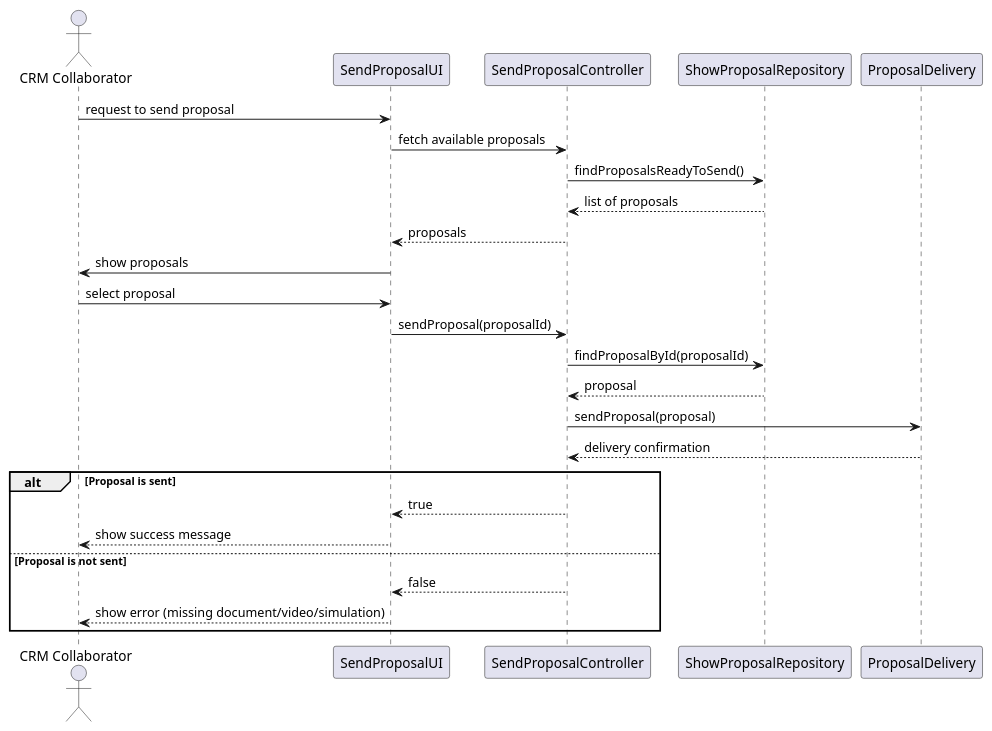
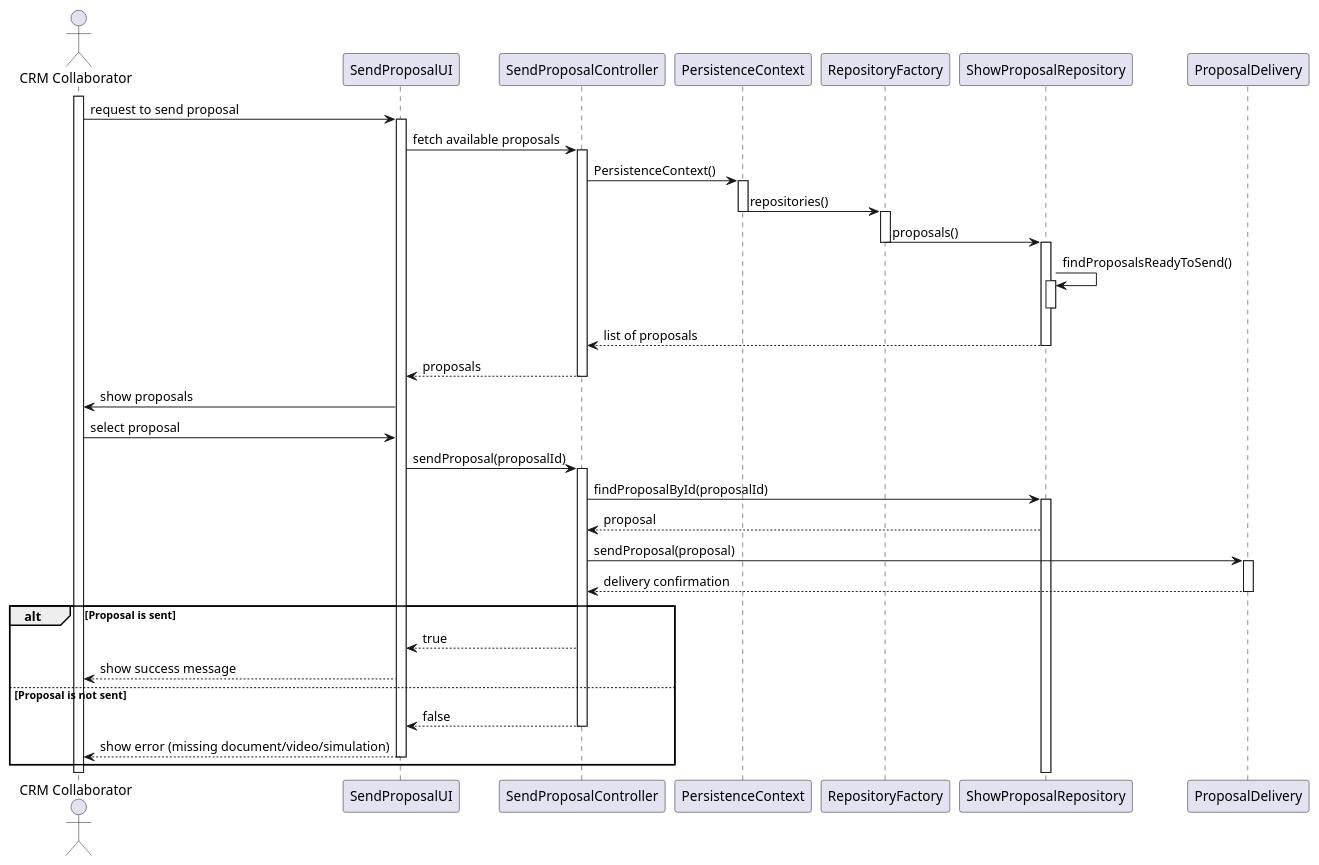
Before and after one commit to diogoveirospro/sem4pi-2024-2025-sem4pi_2024_2025_g44: the diagram in docs/SPRINT_3/US316/puml/sequence_diagram_us316.puml, drawn with PlantUML. The commit also changed 75 other files, not shown here.

Commit message:
#40 #42 #44 Refactor sequence diagrams for US316, US318 and US241 (I ran the PlantUML diagram script)

```diff
--- a/docs/SPRINT_3/US316/puml/sequence_diagram_us316.puml
+++ b/docs/SPRINT_3/US316/puml/sequence_diagram_us316.puml
@@ -1,31 +1,66 @@
 @startuml
 actor "CRM Collaborator" as User
 participant "SendProposalUI" as UI
 participant "SendProposalController" as Controller
+participant "PersistenceContext" as Persistence
+participant "RepositoryFactory" as Factory
 participant "ShowProposalRepository" as Repo
 participant "ProposalDelivery" as Delivery
 
+activate User
+
 User -> UI : request to send proposal
+activate UI
+
 UI -> Controller : fetch available proposals
-Controller -> Repo : findProposalsReadyToSend()
+activate Controller
+
+Controller -> Persistence : PersistenceContext()
+activate Persistence
+
+Persistence -> Factory : repositories()
+deactivate Persistence
+
+activate Factory
+Factory -> Repo : proposals()
+deactivate Factory
+
+activate Repo
+Repo -> Repo : findProposalsReadyToSend()
+activate Repo
+deactivate Repo
+
 Repo --> Controller : list of proposals
+deactivate Repo
+
 Controller --> UI : proposals
+deactivate Controller
 
 UI -> User : show proposals
 User -> UI : select proposal
 
 UI -> Controller : sendProposal(proposalId)
+activate Controller
+
 Controller -> Repo : findProposalById(proposalId)
+activate Repo
+
 Repo --> Controller : proposal
 
+Controller -> Delivery : sendProposal(proposal)
+activate Delivery
 
-Controller -> Delivery : sendProposal(proposal)
 Delivery --> Controller : delivery confirmation
+deactivate Delivery
+
 alt Proposal is sent
     Controller --> UI : true
     UI --> User : show success message
 else Proposal is not sent
     Controller --> UI : false
+    deactivate Controller
+
     UI --> User : show error (missing document/video/simulation)
+    deactivate UI
 end
 @enduml
```
